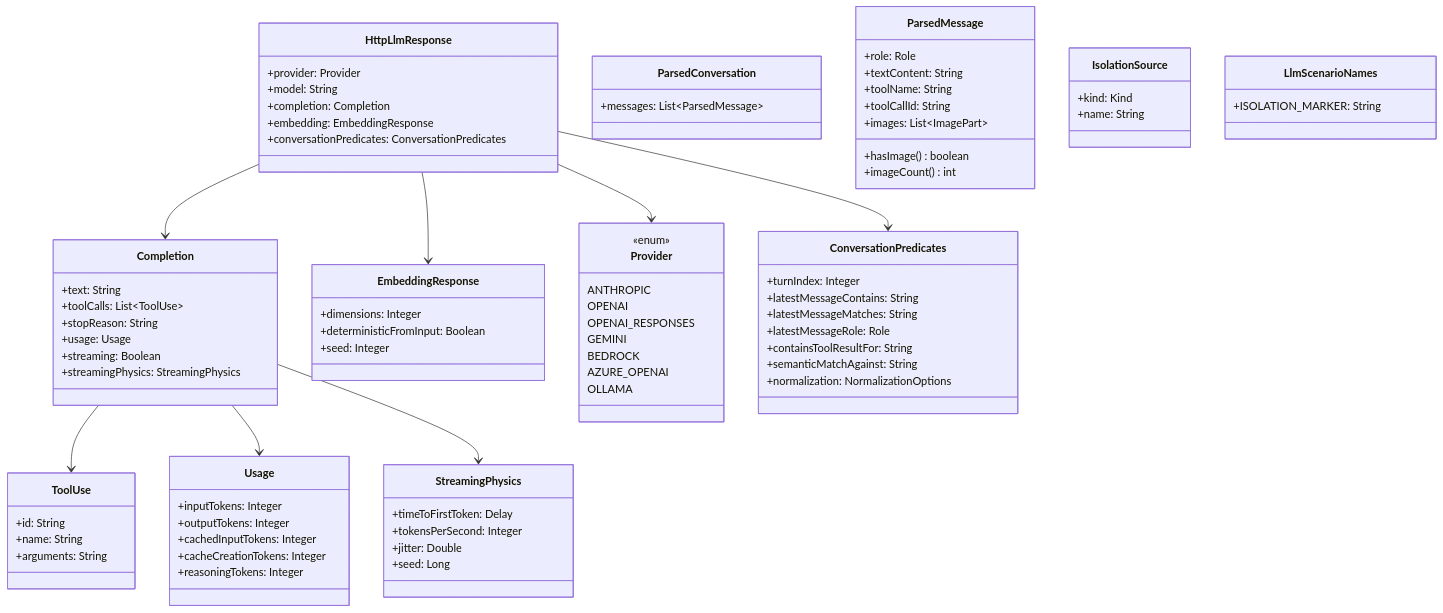
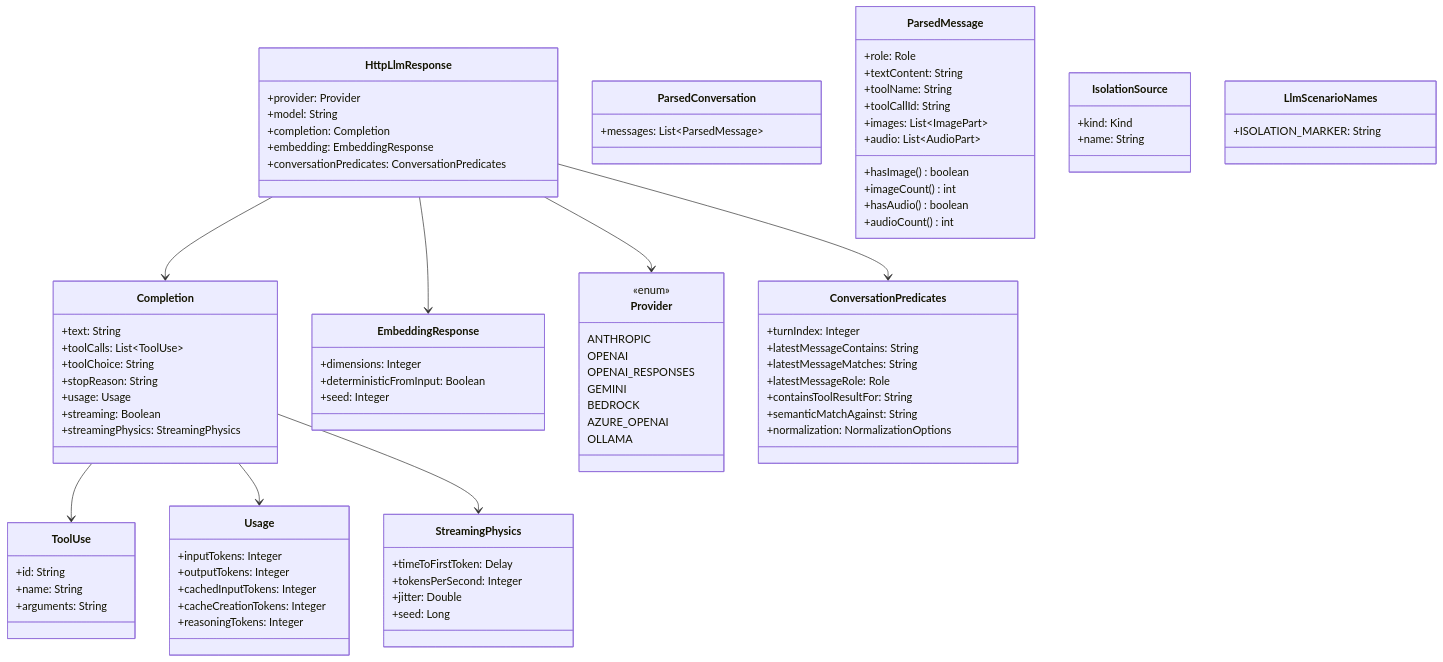
The third of 5 diagrams in docs/code/llm-mocking.md (sean8601/mockserver-monorepo), drawn with Mermaid before and after one commit. The commit also changed other lines of this file and 10 other files, not shown here.

Commit message:
feat(core): LLM audio content parts and tool_choice support

```diff
--- a/docs/code/llm-mocking.md
+++ b/docs/code/llm-mocking.md
@@ -288,6 +298,7 @@
     class Completion {
         +text: String
         +toolCalls: List~ToolUse~
+        +toolChoice: String
         +stopReason: String
         +usage: Usage
         +streaming: Boolean
@@ -344,8 +355,11 @@
         +toolName: String
         +toolCallId: String
         +images: List~ImagePart~
+        +audio: List~AudioPart~
         +hasImage() boolean
         +imageCount() int
+        +hasAudio() boolean
+        +audioCount() int
     }
     class IsolationSource {
         +kind: Kind
```
